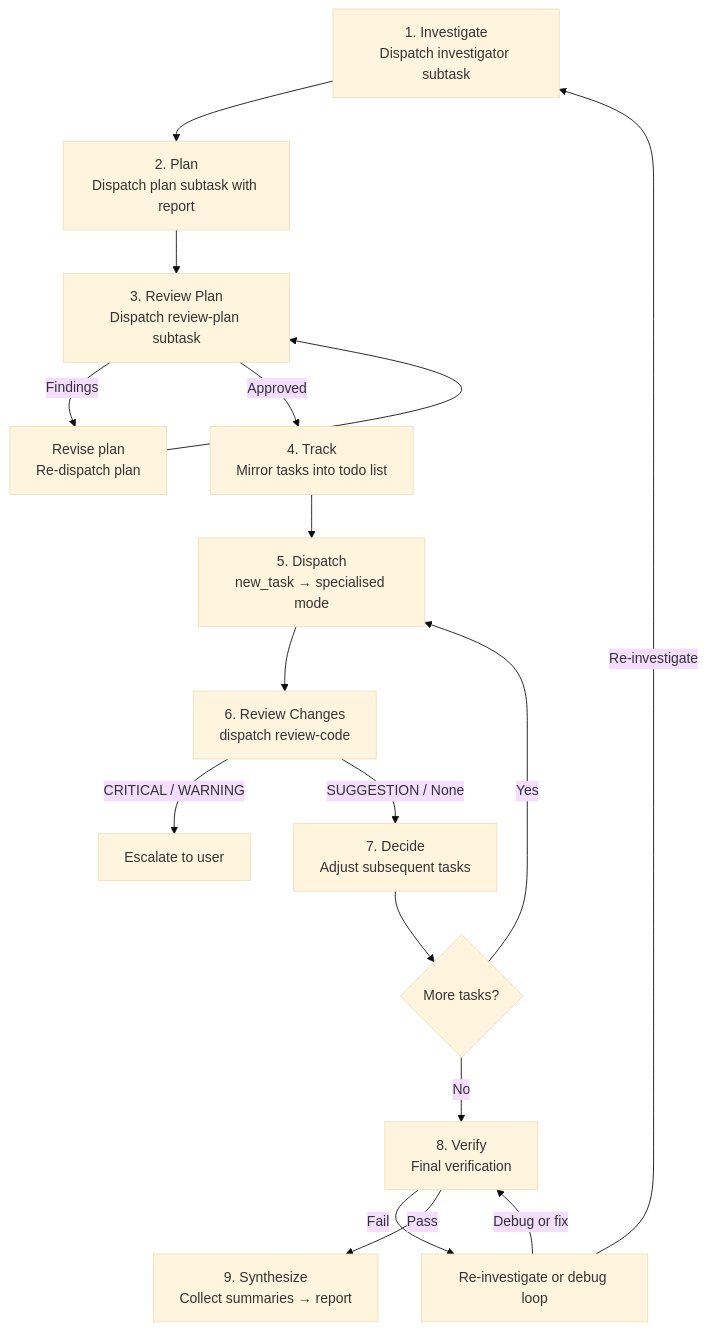
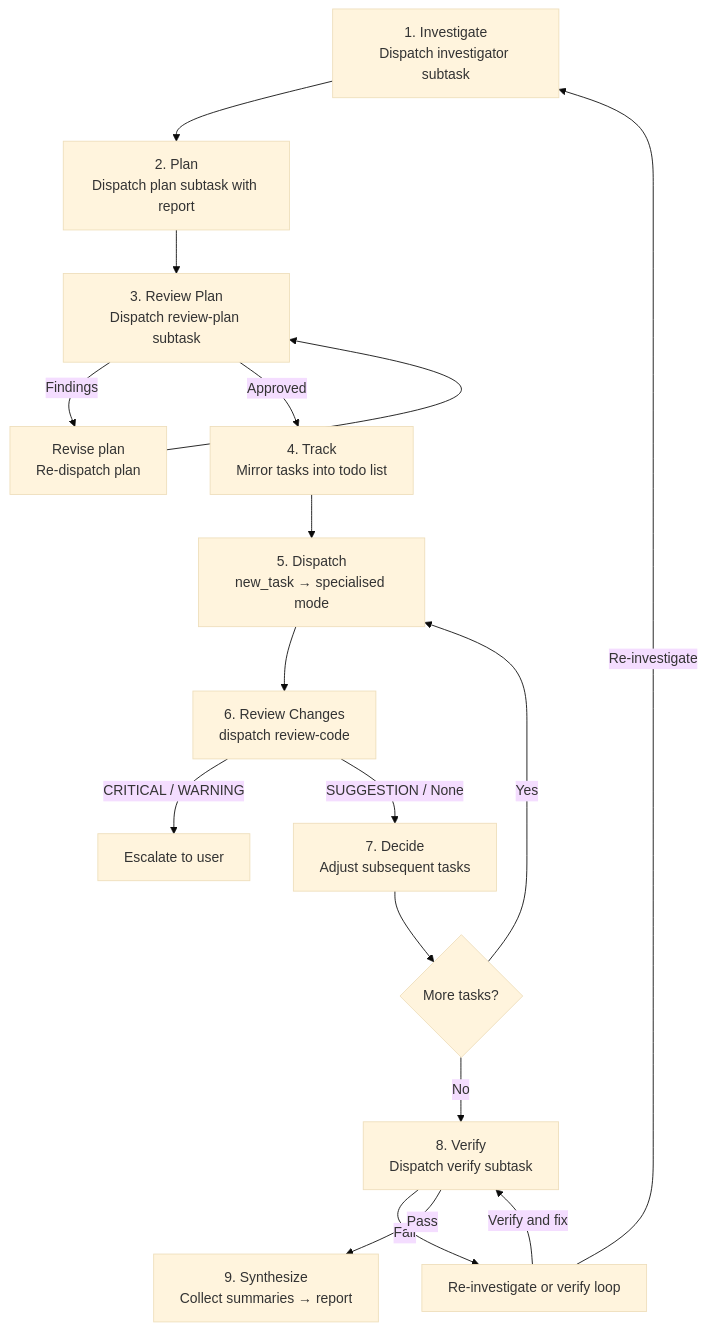
Before and after one commit to gelse/AI-snippets: the diagram in README.md, drawn with Mermaid (base theme). The commit also changed other lines of this file, not shown here.

Commit message:
Update README for Roo Code and verify mode

````diff
--- a/README.md
+++ b/README.md
@@ -27,19 +27,19 @@
 ```mermaid
 flowchart TD
     A["1. Investigate\nDispatch investigator subtask"] --> B["2. Plan\nDispatch plan subtask with report"]
     B --> C["3. Review Plan\nDispatch review-plan subtask"]
     C -->|Findings| D["Revise plan\nRe-dispatch plan"]
     D --> C
     C -->|Approved| E["4. Track\nMirror tasks into todo list"]
     E --> F["5. Dispatch\nnew_task → specialised mode"]
     F --> G["6. Review Changes\ndispatch review-code"]
     G -->|CRITICAL / WARNING| H["Escalate to user"]
     G -->|SUGGESTION / None| I["7. Decide\nAdjust subsequent tasks"]
     I --> J{"More tasks?"}
     J -->|Yes| F
-    J -->|No| K["8. Verify\nFinal verification"]
-    K -->|Fail| L["Re-investigate or debug loop"]
+    J -->|No| K["8. Verify\nDispatch verify subtask"]
+    K -->|Fail| L["Re-investigate or verify loop"]
     L -->|Re-investigate| A
-    L -->|Debug or fix| K
+    L -->|Verify and fix| K
     K -->|Pass| M["9. Synthesize\nCollect summaries → report"]
 ```
````
